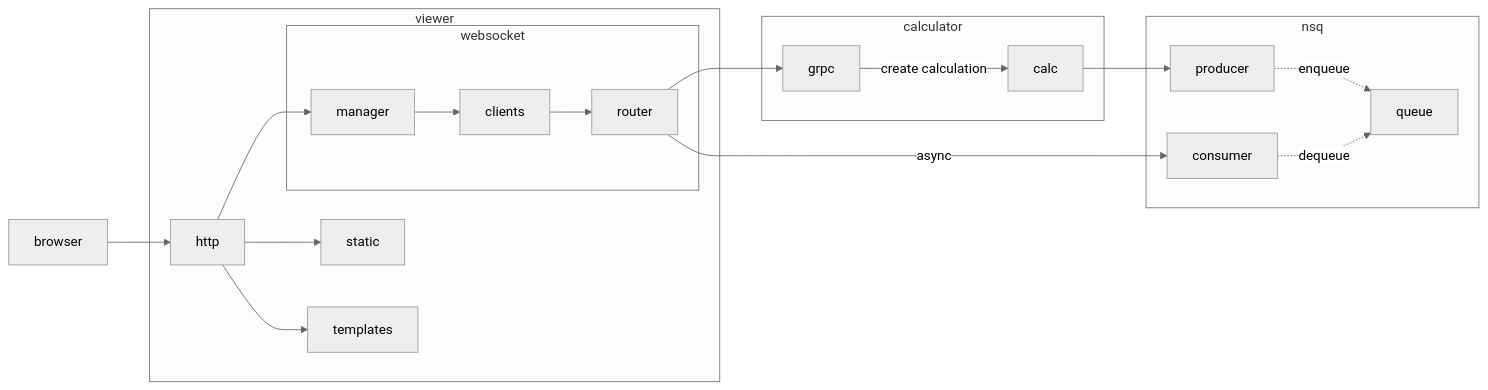
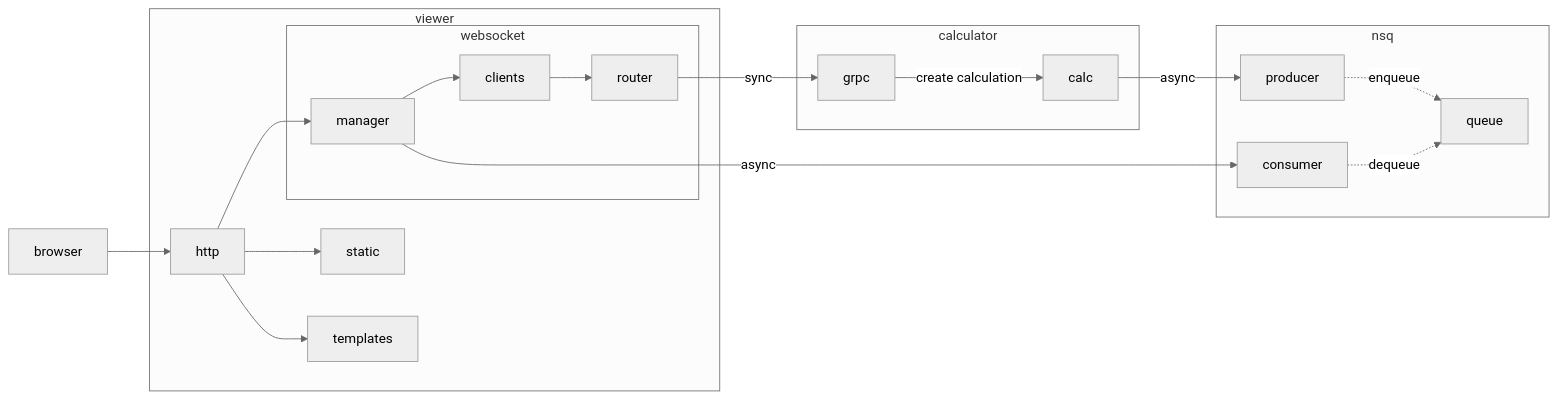
Before and after one commit to mortenskoett/calculator-madness: the first of 2 diagrams in README.md, drawn with Mermaid (neutral theme). The commit also changed other lines of this file, not shown here.

Commit message:
Update comp diagram in README

````diff
--- a/README.md
+++ b/README.md
@@ -33,26 +33,26 @@
 ```mermaid
 flowchart LR
-    subgraph calculator
-        grpc--create calculation-->calc
-    end
-
     subgraph viewer
         http-->static
         http-->manager
         http-->templates
         subgraph websocket
             manager-->clients
             clients-->router
         end
     end
 
+    subgraph calculator
+        grpc--create calculation-->calc
+    end
+
     subgraph nsq
         producer-.enqueue.->queue
         consumer-.dequeue.->queue
     end
 
     browser-->http
-    calc-->producer
-    router--async-->consumer
-    router-->grpc
+    calc--async-->producer
+    manager--async-->consumer
+    router--sync-->grpc
 ```
````
